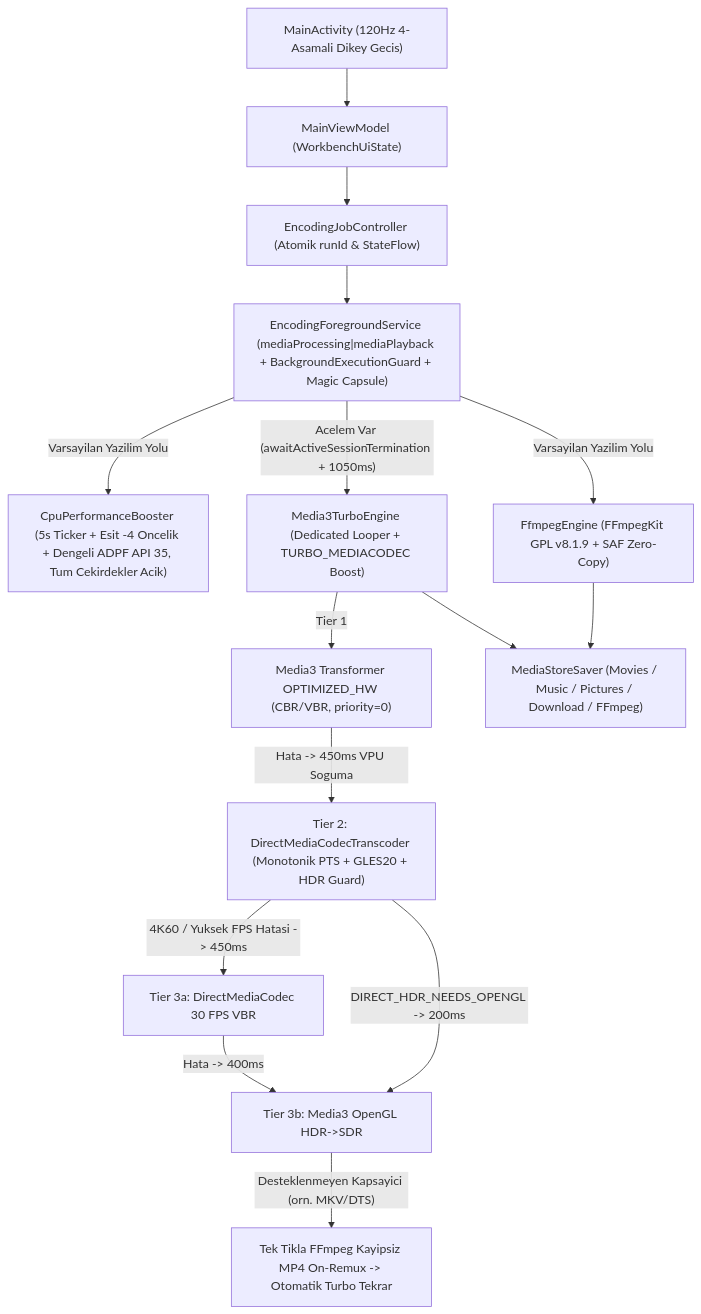
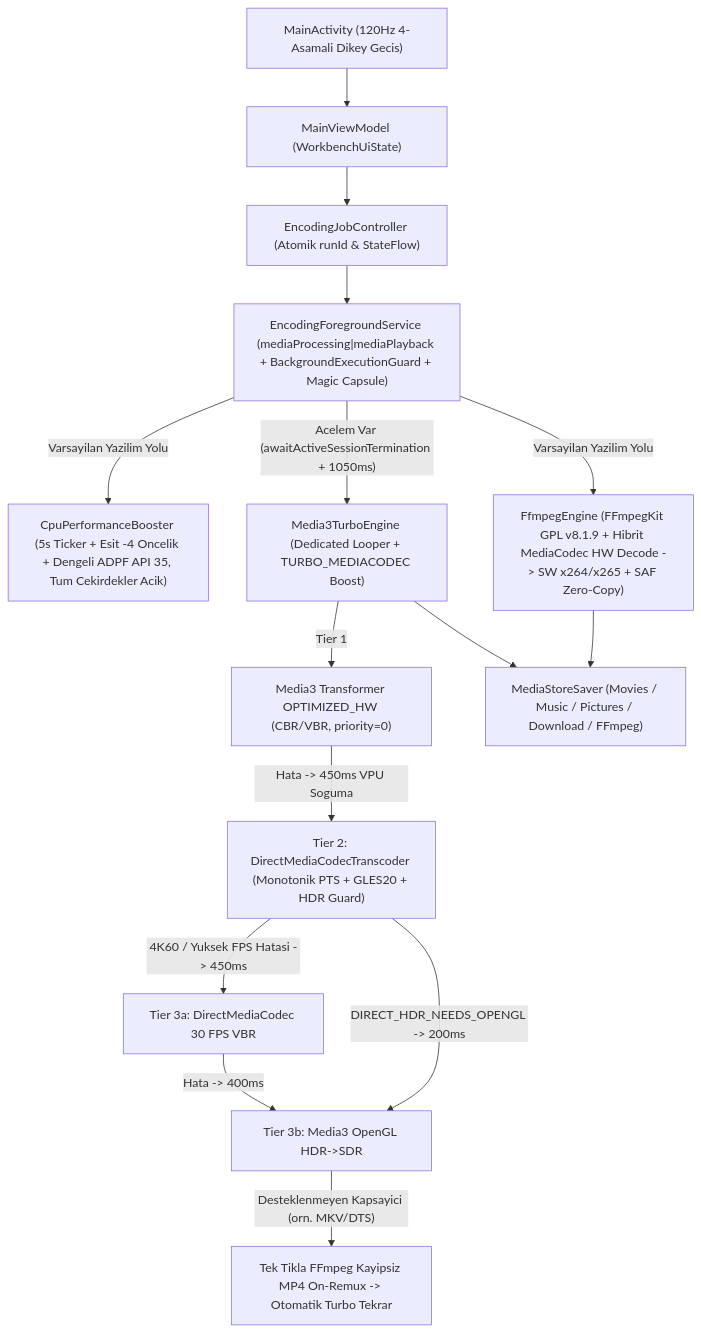
Before and after one commit to Cres246/FFmpeg-compressor-editor: the diagram in AGENTS.md, drawn with Mermaid. The commit also changed other lines of this file and 7 other files, not shown here.

First line of the commit message:
feat: add hybrid MediaCodec hardware decoding

````diff
--- a/AGENTS.md
+++ b/AGENTS.md
@@ -43,20 +43,20 @@
 ```mermaid
 flowchart TD
     UI["MainActivity (120Hz 4-Asamali Dikey Gecis)"] --> VM["MainViewModel (WorkbenchUiState)"]
     VM --> CTRL["EncodingJobController (Atomik runId & StateFlow)"]
     CTRL --> SVC["EncodingForegroundService (mediaProcessing|mediaPlayback + BackgroundExecutionGuard + Magic Capsule)"]
 
     SVC -->|Varsayilan Yazilim Yolu| BOOST["CpuPerformanceBooster (5s Ticker + Esit -4 Oncelik + Dengeli ADPF API 35, Tum Cekirdekler Acik)"]
-    SVC -->|Varsayilan Yazilim Yolu| FF["FfmpegEngine (FFmpegKit GPL v8.1.9 + SAF Zero-Copy)"]
+    SVC -->|Varsayilan Yazilim Yolu| FF["FfmpegEngine (FFmpegKit GPL v8.1.9 + Hibrit MediaCodec HW Decode -> SW x264/x265 + SAF Zero-Copy)"]
 
     SVC -->|"Acelem Var (awaitActiveSessionTermination + 1050ms)"| TURBO["Media3TurboEngine (Dedicated Looper + TURBO_MEDIACODEC Boost)"]
     TURBO -->|"Tier 1"| T1["Media3 Transformer OPTIMIZED_HW (CBR/VBR, priority=0)"]
     T1 -->|"Hata -> 450ms VPU Soguma"| T2["Tier 2: DirectMediaCodecTranscoder (Monotonik PTS + GLES20 + HDR Guard)"]
     T2 -->|"4K60 / Yuksek FPS Hatasi -> 450ms"| T3A["Tier 3a: DirectMediaCodec 30 FPS VBR"]
     T2 -->|"DIRECT_HDR_NEEDS_OPENGL -> 200ms"| T3B["Tier 3b: Media3 OpenGL HDR->SDR"]
     T3A -->|"Hata -> 400ms"| T3B
 
     T3B -->|"Desteklenmeyen Kapsayici (orn. MKV/DTS)"| REMUX["Tek Tikla FFmpeg Kayipsiz MP4 On-Remux -> Otomatik Turbo Tekrar"]
     FF --> SAVE["MediaStoreSaver (Movies / Music / Pictures / Download / FFmpeg)"]
     TURBO --> SAVE
 ```
````
